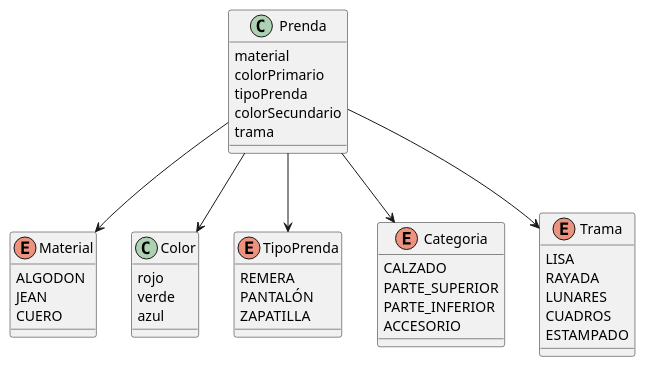
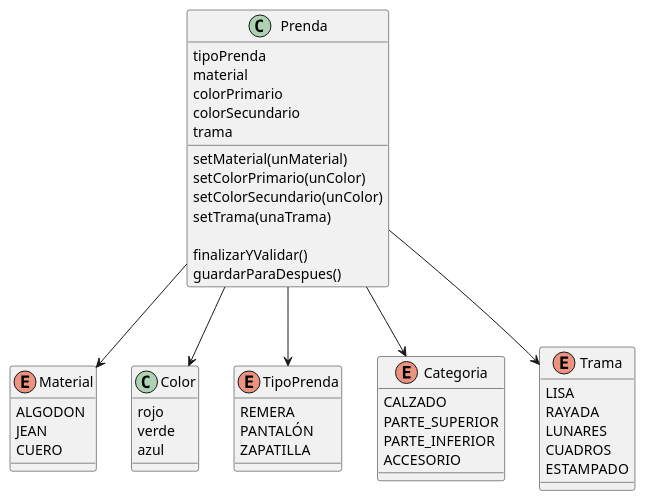
The diagram in SegundaIteracion/diagramaDeclases.plantuml (SwaXTech/QMP-1ra-Iteracion), drawn with PlantUML before and after one commit.

Commit message:
Ahora el material, colores y trama se definen después de creada, también se puede finalizar una prenda o bien guardarla en borrador

```diff
--- a/SegundaIteracion/diagramaDeclases.plantuml
+++ b/SegundaIteracion/diagramaDeclases.plantuml
@@ -1,54 +1,62 @@
 @startuml QMP Segunda Iteración
 
 class Prenda{
+  tipoPrenda
   material
   colorPrimario
-  tipoPrenda
   colorSecundario
   trama
+
+  setMaterial(unMaterial)
+  setColorPrimario(unColor)
+  setColorSecundario(unColor)
+  setTrama(unaTrama)
+
+  finalizarYValidar()
+  guardarParaDespues()
 }
 
 Prenda -d-> Material
 enum Material{
   ALGODON
   JEAN
   CUERO
 }
 
 Prenda -d-> Color
 class Color{
   rojo
   verde
   azul
 }
 
 Prenda -d-> TipoPrenda
 enum TipoPrenda{
   REMERA
   PANTALÓN
   ZAPATILLA
 }
 
 
 Prenda -d-> Categoria
 enum Categoria{
   CALZADO
   PARTE_SUPERIOR
   PARTE_INFERIOR
   ACCESORIO
 }
 
 Prenda -d-> Trama
 enum Trama{
   LISA
   RAYADA
   LUNARES
   CUADROS
   ESTAMPADO
 }
 
 
 
 
 
 @enduml
```
